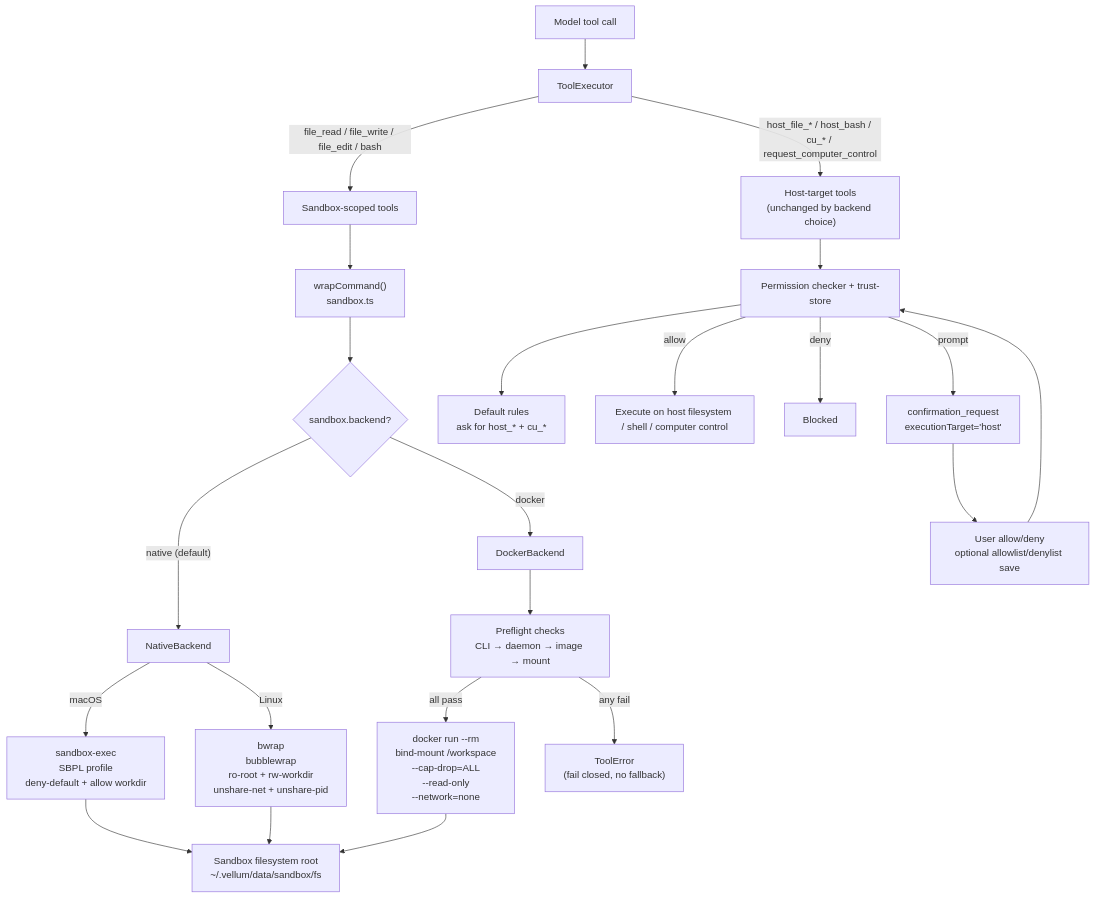
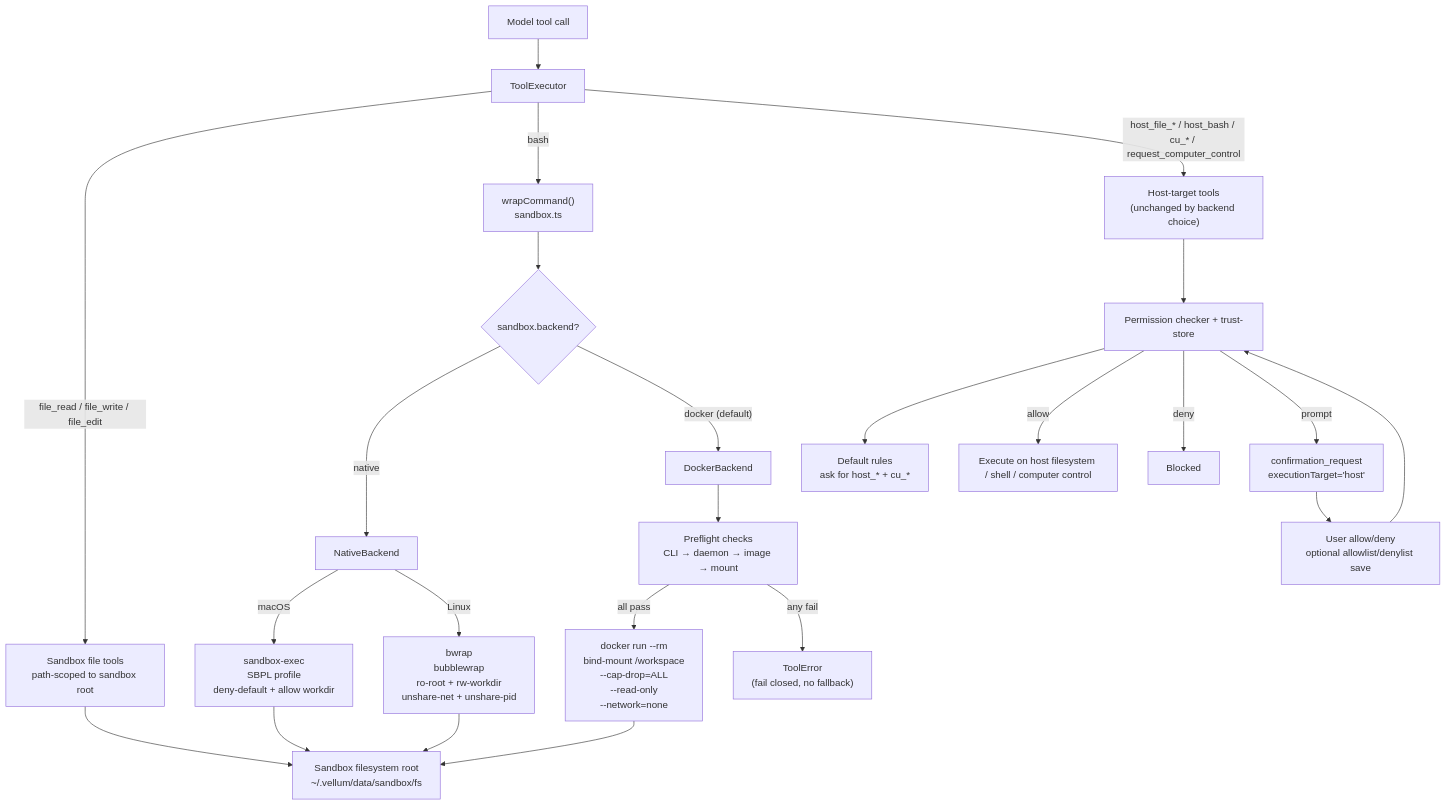
Diagram 11 of 14 in ARCHITECTURE.md (vellum-ai/vellum-assistant), drawn with Mermaid before and after one commit. The commit also changed other lines of this file and 1 other file, not shown here.

Commit message:
fix(docs): correct sandbox docs per PR #2132 review feedback
- Fix native backend write-scope: document that /tmp, /private/tmp,
  and /var/folders are also writable (not just sandbox root)
- Separate file tools from wrapCommand flow in Mermaid diagram — only
  bash goes through backend selection; file tools are path-scoped directly
- Fix default image from node:20-slim to ubuntu:22.04 to match code
- Document mount-probe ubuntu:22.04 dependency for air-gapped setups
- Fix default backend from native to docker to match code
- Fix cpus default from 1 to 2 to match code

````diff
--- a/ARCHITECTURE.md
+++ b/ARCHITECTURE.md
@@ -830,30 +830,32 @@
 ```mermaid
 graph TB
     CALL["Model tool call"] --> EXEC["ToolExecutor"]
 
-    EXEC -->|"file_read / file_write / file_edit / bash"| SB_TOOLS["Sandbox-scoped tools"]
-    SB_TOOLS --> WRAP["wrapCommand()<br/>sandbox.ts"]
+    EXEC -->|"file_read / file_write / file_edit"| SB_FILE_TOOLS["Sandbox file tools<br/>path-scoped to sandbox root"]
+    SB_FILE_TOOLS --> SB_FS
+
+    EXEC -->|"bash"| WRAP["wrapCommand()<br/>sandbox.ts"]
 
     WRAP --> BACKEND_CHECK{"sandbox.backend?"}
-    BACKEND_CHECK -->|"native (default)"| NATIVE["NativeBackend"]
-    BACKEND_CHECK -->|"docker"| DOCKER["DockerBackend"]
+    BACKEND_CHECK -->|"native"| NATIVE["NativeBackend"]
+    BACKEND_CHECK -->|"docker (default)"| DOCKER["DockerBackend"]
 
     NATIVE -->|"macOS"| SBPL["sandbox-exec<br/>SBPL profile<br/>deny-default + allow workdir"]
     NATIVE -->|"Linux"| BWRAP["bwrap<br/>bubblewrap<br/>ro-root + rw-workdir<br/>unshare-net + unshare-pid"]
     SBPL --> SB_FS["Sandbox filesystem root<br/>~/.vellum/data/sandbox/fs"]
     BWRAP --> SB_FS
 
     DOCKER --> PREFLIGHT["Preflight checks<br/>CLI → daemon → image → mount"]
     PREFLIGHT -->|"all pass"| CONTAINER["docker run --rm<br/>bind-mount /workspace<br/>--cap-drop=ALL<br/>--read-only<br/>--network=none"]
     PREFLIGHT -->|"any fail"| FAIL_CLOSED["ToolError<br/>(fail closed, no fallback)"]
     CONTAINER --> SB_FS
 
     EXEC -->|"host_file_* / host_bash / cu_* / request_computer_control"| HOST_TOOLS["Host-target tools<br/>(unchanged by backend choice)"]
     HOST_TOOLS --> CHECK["Permission checker + trust-store"]
     CHECK --> DEFAULTS["Default rules<br/>ask for host_* + cu_*"]
     CHECK -->|"allow"| HOST_EXEC["Execute on host filesystem / shell / computer control"]
     CHECK -->|"deny"| BLOCK["Blocked"]
     CHECK -->|"prompt"| PROMPT["confirmation_request<br/>executionTarget='host'"]
     PROMPT --> USER["User allow/deny<br/>optional allowlist/denylist save"]
     USER --> CHECK
 ```
````
